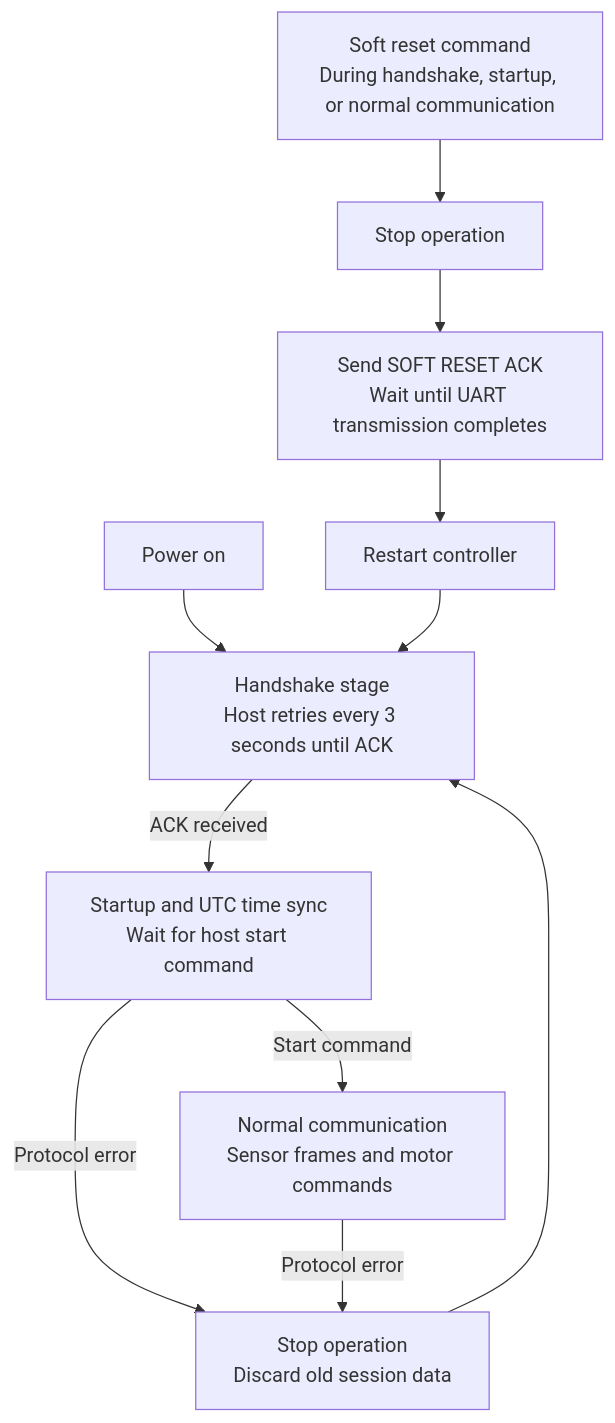
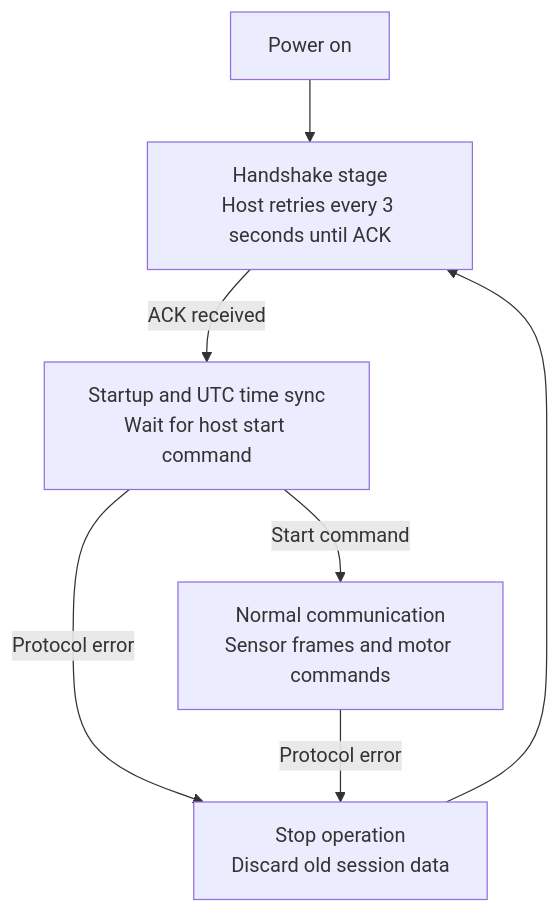
One commit to kei185/sensor-echo changed the first of 6 diagrams in docs/protocol.md. Above: the diagram before and after it, drawn with Mermaid. The commit also changed other lines of this file and 20 other files, not shown here.

````diff
--- a/docs/protocol.md
+++ b/docs/protocol.md
@@ -14,13 +57,9 @@
 ```mermaid
 flowchart TD
     power["Power on"] --> handshake["Handshake stage<br/>Host retries every 3 seconds until ACK"]
     handshake -- ACK received --> setup["Startup and UTC time sync<br/>Wait for host start command"]
     setup -- Start command --> active["Normal communication<br/>Sensor frames and motor commands"]
     setup -- Protocol error --> recover["Stop operation<br/>Discard old session data"]
     active -- Protocol error --> recover
     recover --> handshake
-    reset["Soft reset command<br/>During handshake, startup, or normal communication"] --> stop["Stop operation"]
-    stop --> reset_ack["Send SOFT RESET ACK<br/>Wait until UART transmission completes"]
-    reset_ack --> restart["Restart controller"]
-    restart --> handshake
 ```
````
